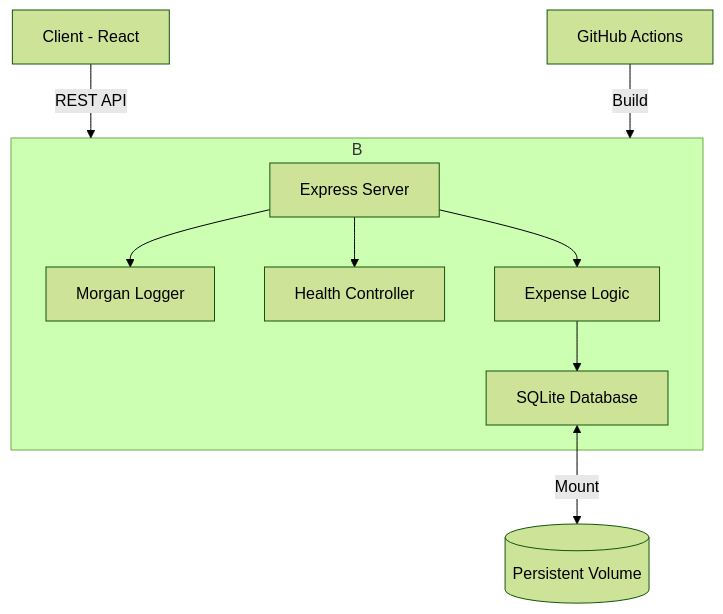
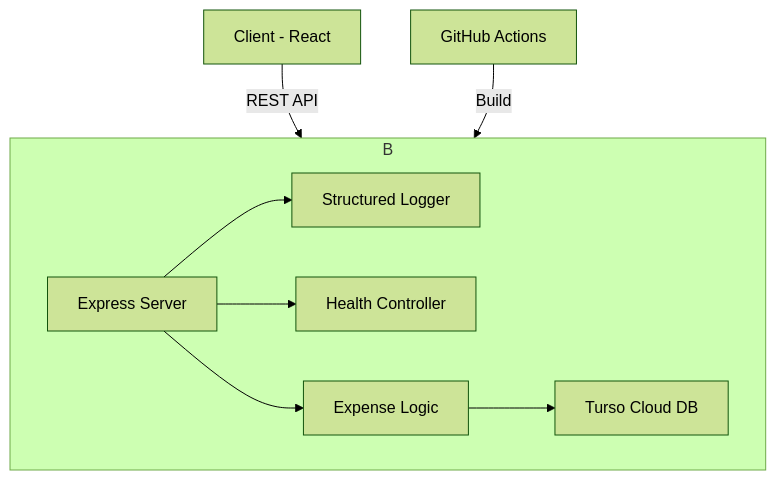
One commit to param3118/pocketsplit changed the diagram in pocketsplit/README.md. Above: the diagram before and after it, drawn with Mermaid (forest theme). The commit also changed other lines of this file and 16 other files, not shown here.

````diff
--- a/pocketsplit/README.md
+++ b/pocketsplit/README.md
@@ -44,12 +58,11 @@
 ```mermaid
 graph TD
     A[Client - React] -->|REST API| B[Docker Container]
     subgraph B
-        C[Express Server] --> D[Morgan Logger]
+        C[Express Server] --> D[Structured Logger]
         C --> E[Health Controller]
         C --> F[Expense Logic]
-        F --> G[SQLite Database]
+        F --> G[Turso Cloud DB]
     end
-    G <-->|Mount| H[(Persistent Volume)]
     I[GitHub Actions] -->|Build| B
 ```
````
